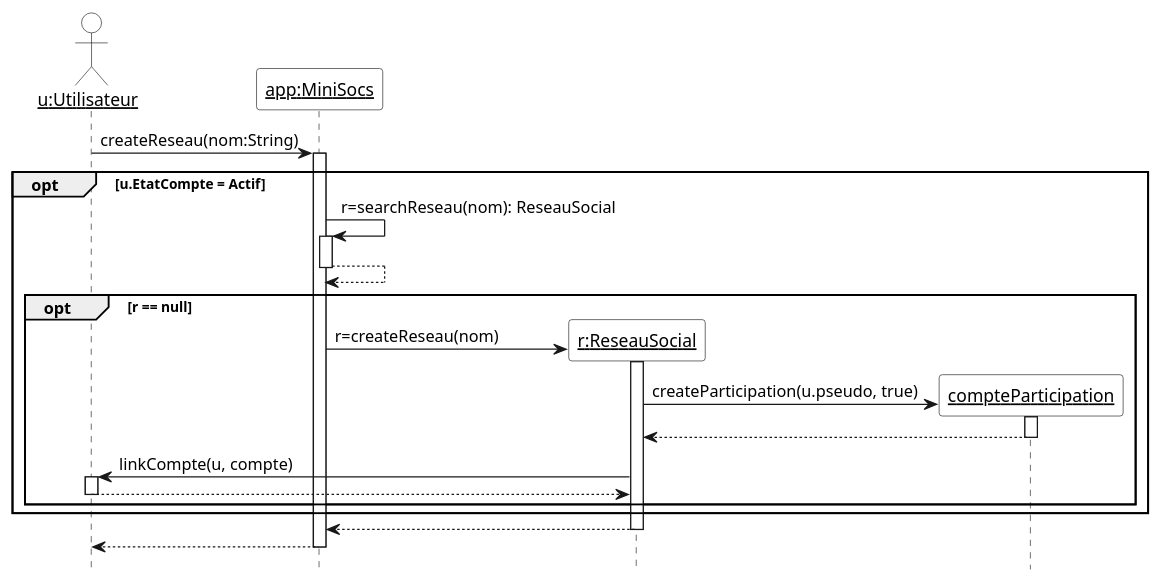
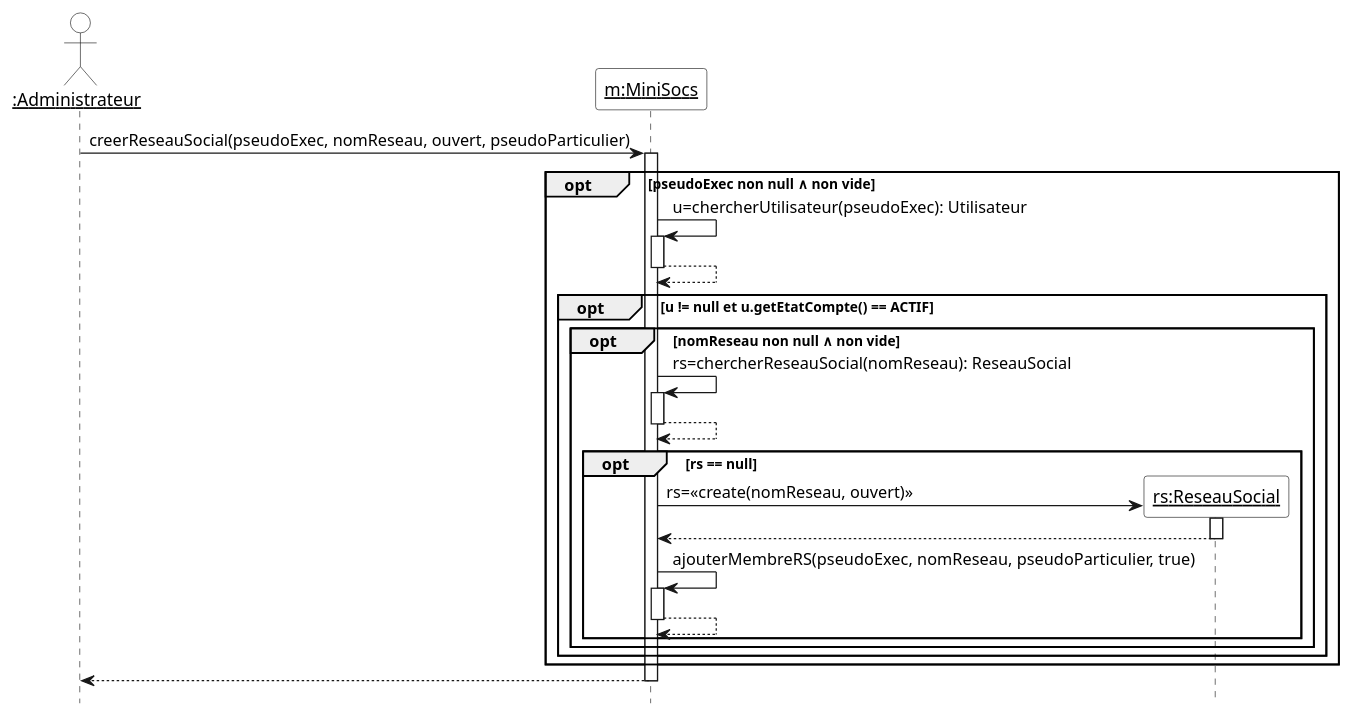
One commit to lukalafaye/MiniSocs changed the diagram in Diagrammes/minisocs_uml_diag_seq_create_rs.pu. Above: the diagram before and after it, drawn with PlantUML. The commit also changed other lines of this file and 5 other files, not shown here.

Commit message:
mise en coherence diagrammes de sequence

```diff
--- a/Diagrammes/minisocs_uml_diag_seq_create_rs.pu
+++ b/Diagrammes/minisocs_uml_diag_seq_create_rs.pu
@@ -1,31 +1,35 @@
 @startuml
 
 'Diagramme de séquence (PlantUML)'
 
 'Configuration charte graphique'
 hide footbox
 skinparam sequenceParticipantBackgroundColor White
 skinparam sequenceActorBackgroundColor White
 
 'Déclaration des acteurs et des participants (déjà existants avant la séquence)'
-actor "__u:Utilisateur__" as u
-participant "__app:MiniSocs__" as m
+actor "__:Administrateur__" as admin
+participant "__m:MiniSocs__" as m
 
 'Séquence avec les messages, les créations de participants, etc.'
-u -> m ++ : createReseau(nom:String)
-opt u.EtatCompte = Actif
-  m -> m ++ : r=searchReseau(nom): ReseauSocial
+admin -> m ++ : creerReseauSocial(pseudoExec, nomReseau, ouvert, pseudoParticulier)
+opt pseudoExec non null ∧ non vide
+  m -> m ++ : u=chercherUtilisateur(pseudoExec): Utilisateur
   return
-  create "__r:ReseauSocial__" as r
-  opt r == null
-    m -> "__r=ReseauSocial__" as r ++ : r=createReseau(nom)
-        create "__compteParticipation__" as compte
-        r -> compte ++ : createParticipation(u.pseudo, true)
+  opt u != null et u.getEtatCompte() == ACTIF
+    opt nomReseau non null ∧ non vide
+      m -> m ++ : rs=chercherReseauSocial(nomReseau): ReseauSocial
+      return
+      opt rs == null
+        create "__rs:ReseauSocial__" as rs
+        m -> "__rs:ReseauSocial__" as rs ++ : rs=<<create(nomReseau, ouvert)>>
         return
-        r -> u ++ : linkCompte(u, compte)
-    return
+        m -> m ++ : ajouterMembreRS(pseudoExec, nomReseau, pseudoParticulier, true)
+        return
+      end
+    end
   end
 end
 return
-return
+
 @enduml
```
